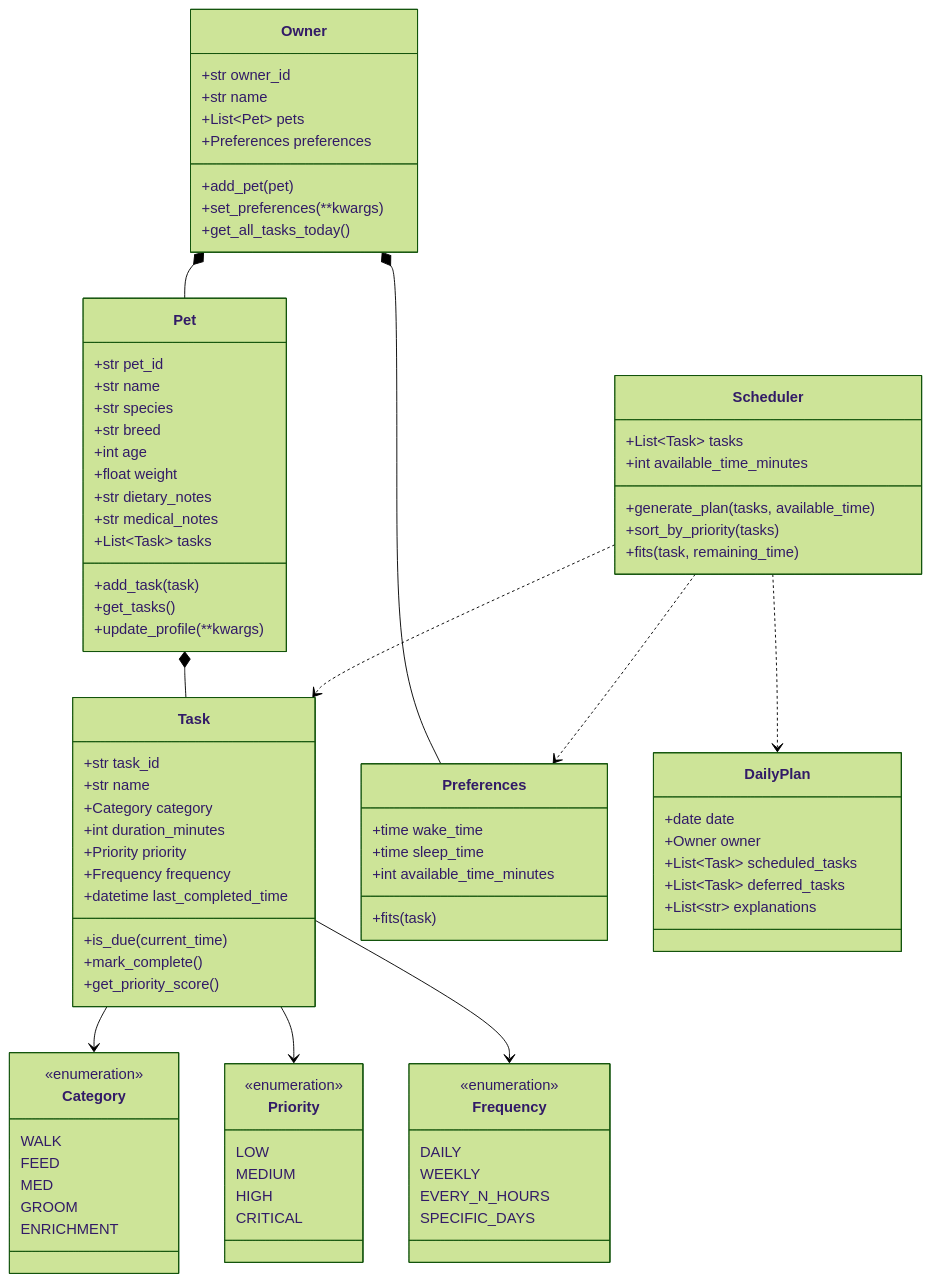
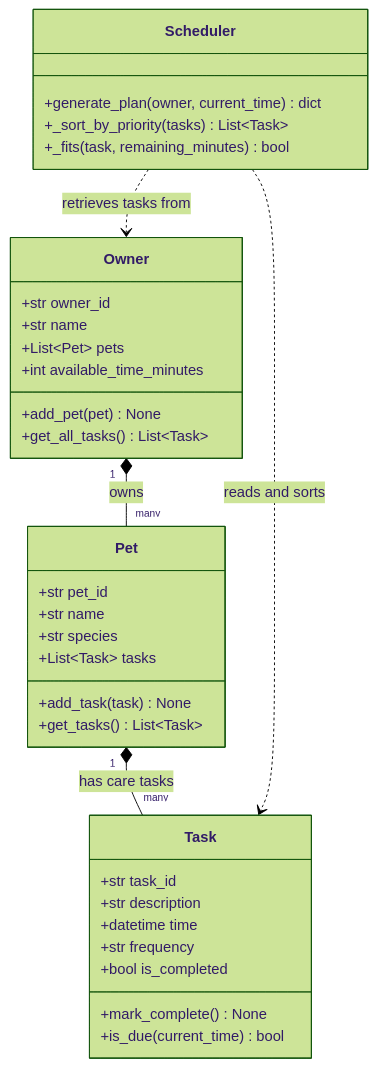
Before and after one commit to carliebosier/ai110-module2show-pawpal-starter: the diagram in diagrams/uml_draft.mmd, drawn with Mermaid (forest theme). The commit also changed other lines of this file and 1 other file, not shown here.

Commit message:
chore: add class skeletons from updated UML

```diff
--- a/diagrams/uml_draft.mmd
+++ b/diagrams/uml_draft.mmd
@@ -1,98 +1,39 @@
 classDiagram
     class Owner {
         +str owner_id
         +str name
         +List~Pet~ pets
-        +Preferences preferences
-        +add_pet(pet)
-        +set_preferences(**kwargs)
-        +get_all_tasks_today()
+        +int available_time_minutes
+        +add_pet(pet) None
+        +get_all_tasks() List~Task~
     }
-
+ 
     class Pet {
         +str pet_id
         +str name
         +str species
-        +str breed
-        +int age
-        +float weight
-        +str dietary_notes
-        +str medical_notes
         +List~Task~ tasks
-        +add_task(task)
-        +get_tasks()
-        +update_profile(**kwargs)
+        +add_task(task) None
+        +get_tasks() List~Task~
     }
-
+ 
     class Task {
         +str task_id
-        +str name
-        +Category category
-        +int duration_minutes
-        +Priority priority
-        +Frequency frequency
-        +datetime last_completed_time
-        +is_due(current_time)
-        +mark_complete()
-        +get_priority_score()
+        +str description
+        +datetime time
+        +str frequency
+        +bool is_completed
+        +mark_complete() None
+        +is_due(current_time) bool
     }
-
-    class Preferences {
-        +time wake_time
-        +time sleep_time
-        +int available_time_minutes
-        +fits(task)
+ 
+    class Scheduler {
+        +generate_plan(owner, current_time) dict
+        +_sort_by_priority(tasks) List~Task~
+        +_fits(task, remaining_minutes) bool
     }
-
-    class Scheduler {
-        +List~Task~ tasks
-        +int available_time_minutes
-        +generate_plan(tasks, available_time)
-        +sort_by_priority(tasks)
-        +fits(task, remaining_time)
-    }
-
-    class DailyPlan {
-        +date date
-        +Owner owner
-        +List~Task~ scheduled_tasks
-        +List~Task~ deferred_tasks
-        +List~str~ explanations
-    }
-
-    class Category {
-        <<enumeration>>
-        WALK
-        FEED
-        MED
-        GROOM
-        ENRICHMENT
-    }
-
-    class Priority {
-        <<enumeration>>
-        LOW
-        MEDIUM
-        HIGH
-        CRITICAL
-    }
-
-    class Frequency {
-        <<enumeration>>
-        DAILY
-        WEEKLY
-        EVERY_N_HOURS
-        SPECIFIC_DAYS
-    }
-
-    Owner *-- Pet
-    Owner *-- Preferences
-    Pet *-- Task
-
-    Task --> Category
-    Task --> Priority
-    Task --> Frequency
-
-    Scheduler ..> Task
-    Scheduler ..> Preferences
-    Scheduler ..> DailyPlan
+ 
+    Owner "1" *-- "many" Pet : owns
+    Pet "1" *-- "many" Task : has care tasks
+    Scheduler ..> Owner : retrieves tasks from
+    Scheduler ..> Task : reads and sorts
```
